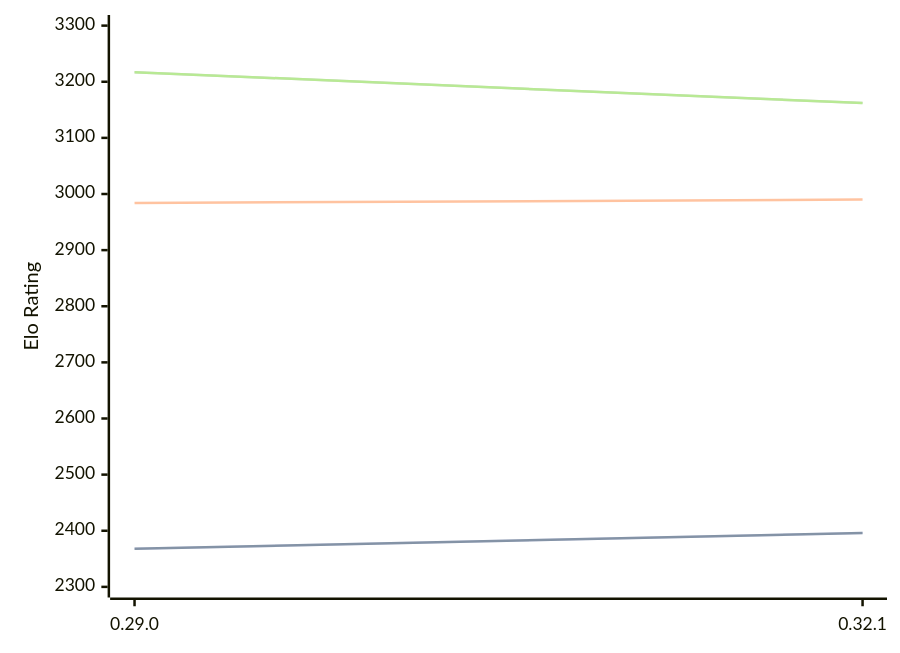
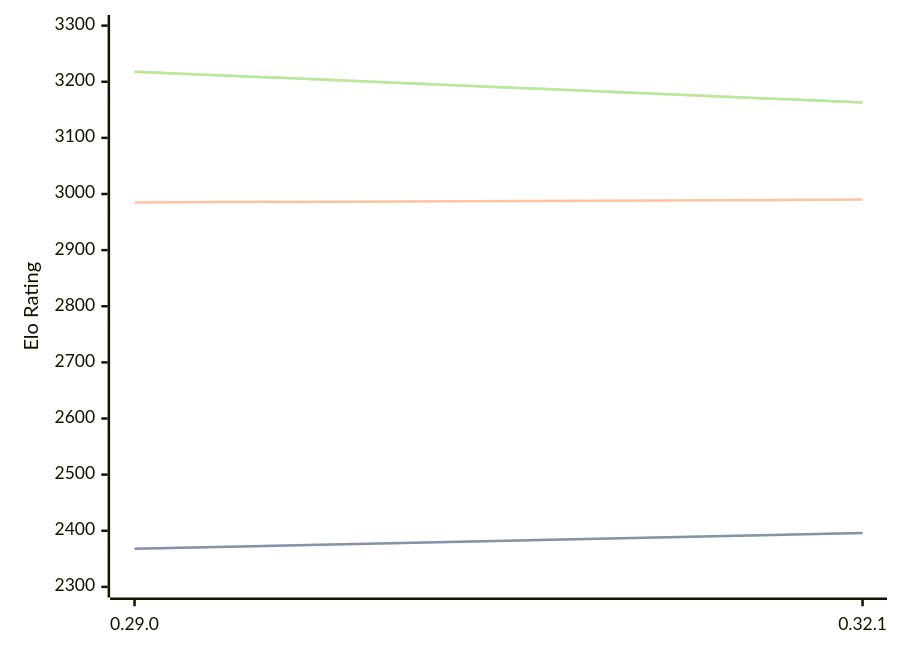
One commit to computer-chess-index/cci changed the diagram in engines/Lc0.md. Above: the diagram before and after it, drawn with Mermaid. The commit also changed other lines of this file, not shown here.

Commit message:
Update CCI Ratings (ELO VLTC) - 2026-08-05

````diff
--- a/engines/Lc0.md
+++ b/engines/Lc0.md
@@ -68,11 +68,11 @@
 ```mermaid
 %%{init: {"theme":"base","themeVariables":{"seriesColors:['#a3a3a3','#222221','#faa371']}}}%%
 xychart-beta
   x-axis ["0.29.0", "0.32.1"]
   y-axis "Elo Rating" 2300 --> 3300
   line "STC (8.0+0.08s)" [2368, 2396]
   line "STC (8.0+0.08s)" [2368, 2396]
-  line "LTC (60.0+0.60s)" [2984, 2990]
-  line "VLTC (2m24s+1.12s)" [3217, 3162]
-  line "VLTC (2m24s+1.12s)" [3217, 3162]
+  line "LTC (60.0+0.60s)" [2985, 2990]
+  line "VLTC (2m24s+1.12s)" [3218, 3163]
+  line "VLTC (2m24s+1.12s)" [3218, 3163]
 ```
````
